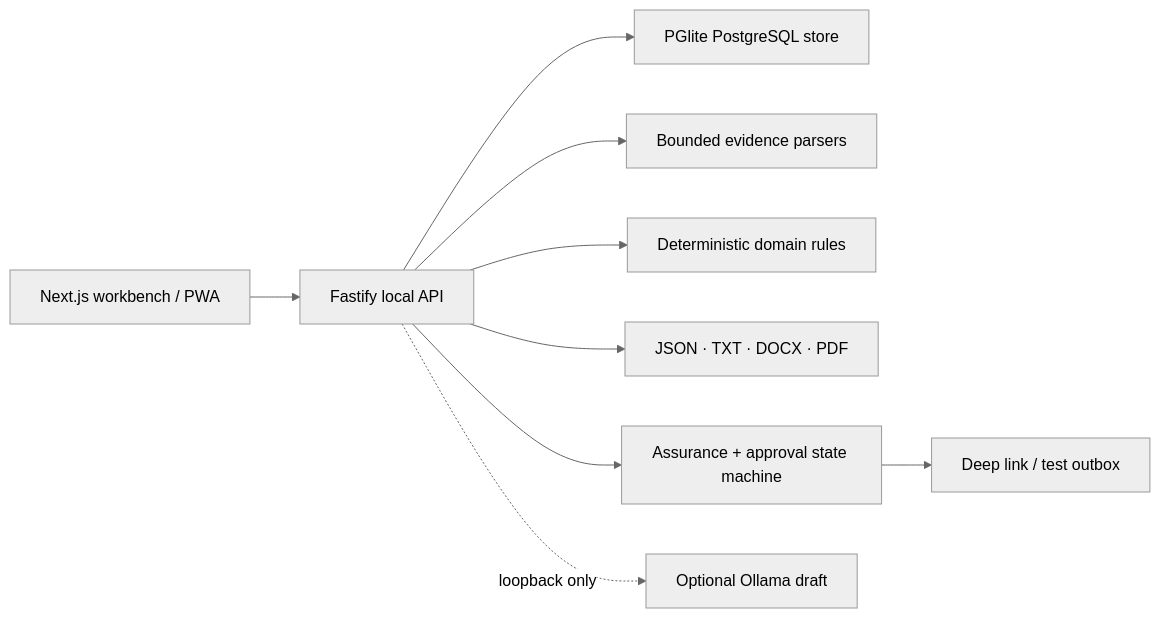
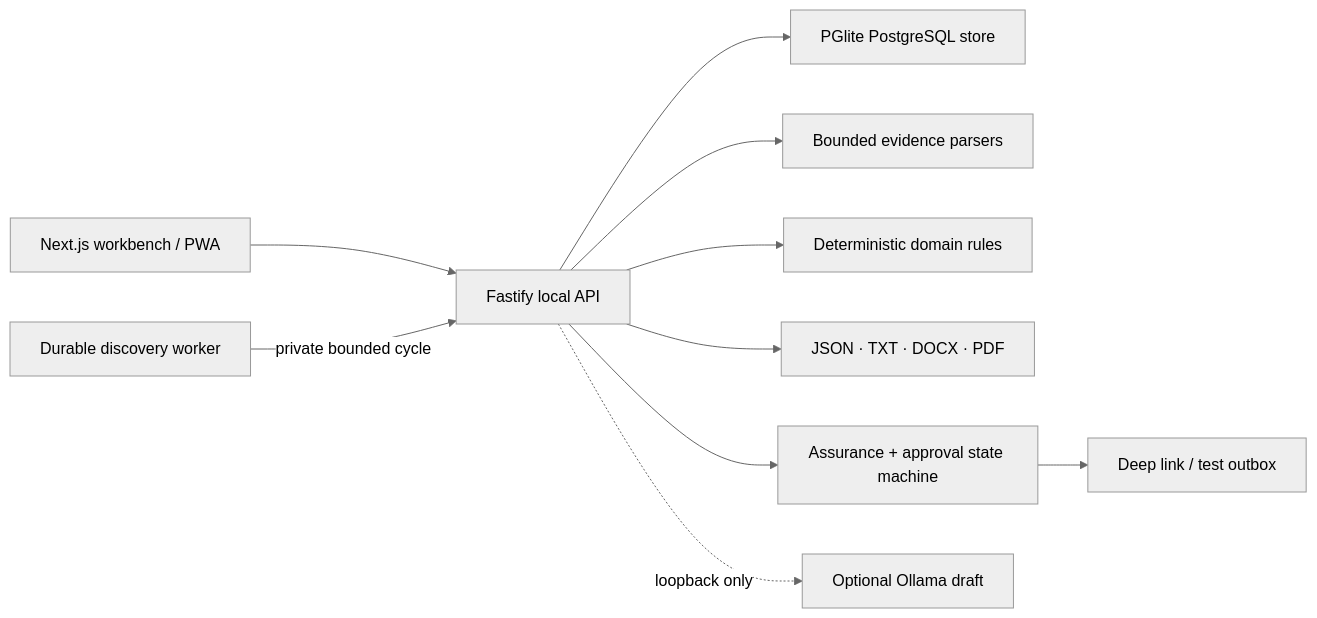
One commit to udhawan97/Nimanto changed the diagram in README.md. Above: the diagram before and after it, drawn with Mermaid (neutral theme). The commit also changed other lines of this file and 26 other files, not shown here.

Commit message:
feat: add durable discovery schedules

````diff
--- a/README.md
+++ b/README.md
@@ -140,11 +141,12 @@
 ```mermaid
 flowchart LR
   UI["Next.js workbench / PWA"] --> API["Fastify local API"]
   API --> DB["PGlite PostgreSQL store"]
   API --> Parse["Bounded evidence parsers"]
   API --> Match["Deterministic domain rules"]
+  Worker["Durable discovery worker"] -->|"private bounded cycle"| API
   API --> Docs["JSON · TXT · DOCX · PDF"]
   API --> Gate["Assurance + approval state machine"]
   Gate --> Local["Deep link / test outbox"]
   API -. "loopback only" .-> Ollama["Optional Ollama draft"]
 ```
````
